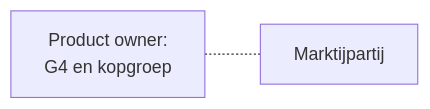
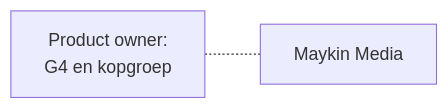
The first of 2 diagrams in resultaten/openzaak-ecosysteem-stappen.md (open-zaak/samenwerken), drawn with Mermaid before and after one commit. The commit also changed other lines of this file, not shown here.

````diff
--- a/resultaten/openzaak-ecosysteem-stappen.md
+++ b/resultaten/openzaak-ecosysteem-stappen.md
@@ -22,9 +22,9 @@
 ```mermaid
 graph LR
     %% Nodes
-    Dev1["Marktijpartij"]
+    Dev1["Maykin Media"]
     PO["Product owner:<br/>G4 en kopgroep"]
 
     %% Connections
     PO -.- Dev1 
 ```
````
